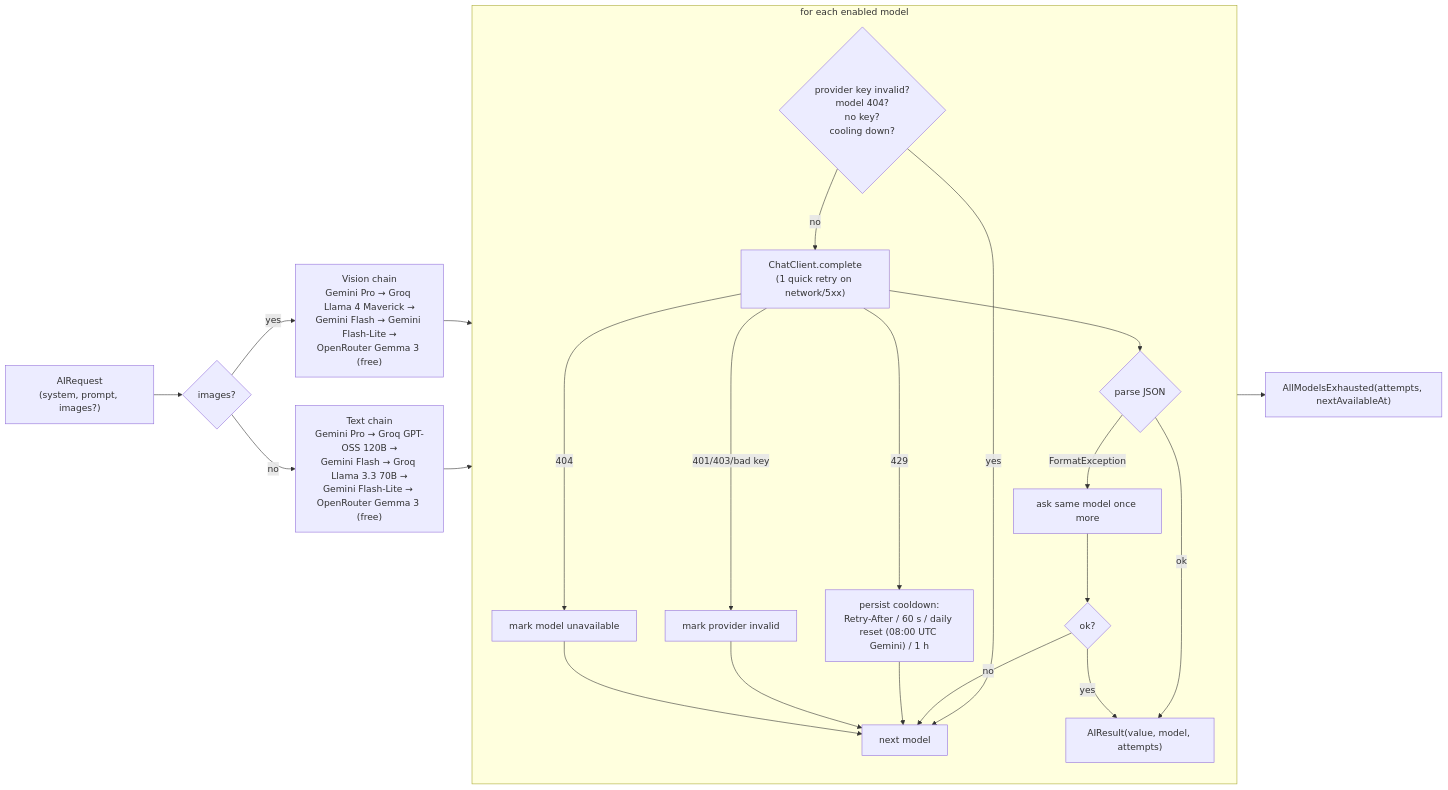
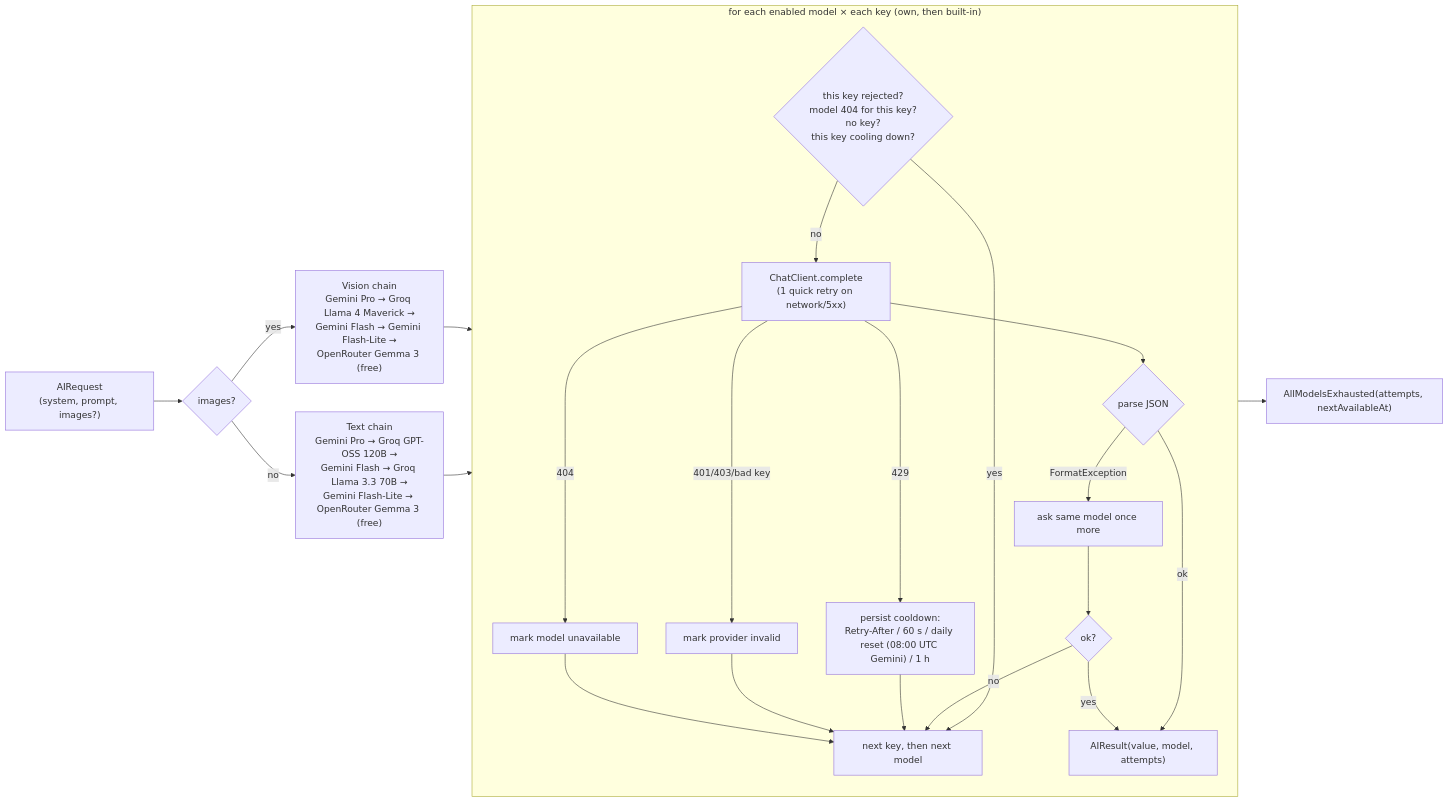
The second of 2 diagrams in docs/architecture.md (anjahubac/tavli), drawn with Mermaid before and after one commit. The commit also changed other lines of this file and 7 other files, not shown here.

````diff
--- a/docs/architecture.md
+++ b/docs/architecture.md
@@ -45,22 +45,22 @@
 ```mermaid
 flowchart LR
   REQ["AIRequest<br/>(system, prompt, images?)"] --> KIND{images?}
   KIND -- yes --> VC["Vision chain<br/>Gemini Pro → Groq Llama 4 Maverick →<br/>Gemini Flash → Gemini Flash-Lite →<br/>OpenRouter Gemma 3 (free)"]
   KIND -- no --> TC["Text chain<br/>Gemini Pro → Groq GPT-OSS 120B →<br/>Gemini Flash → Groq Llama 3.3 70B →<br/>Gemini Flash-Lite → OpenRouter Gemma 3 (free)"]
   VC --> LOOP
   TC --> LOOP
-  subgraph LOOP["for each enabled model"]
+  subgraph LOOP["for each enabled model × each key (own, then built-in)"]
     direction TB
-    SKIP{"provider key invalid?<br/>model 404?<br/>no key?<br/>cooling down?"} -- yes --> NEXT[next model]
+    SKIP{"this key rejected?<br/>model 404 for this key?<br/>no key?<br/>this key cooling down?"} -- yes --> NEXT[next key, then next model]
     SKIP -- no --> CALL["ChatClient.complete<br/>(1 quick retry on network/5xx)"]
     CALL --> PARSE{"parse JSON"}
     PARSE -- ok --> DONE["AIResult(value, model, attempts)"]
     PARSE -- FormatException --> RETRY["ask same model once more"] --> PARSE2{ok?}
     PARSE2 -- no --> NEXT
     PARSE2 -- yes --> DONE
     CALL -- "429" --> COOL["persist cooldown:<br/>Retry-After / 60 s / daily reset (08:00 UTC Gemini) / 1 h"] --> NEXT
     CALL -- "401/403/bad key" --> INV["mark provider invalid"] --> NEXT
     CALL -- "404" --> MISS["mark model unavailable"] --> NEXT
   end
   NEXT --> END["AllModelsExhausted(attempts, nextAvailableAt)"]
 ```
````
